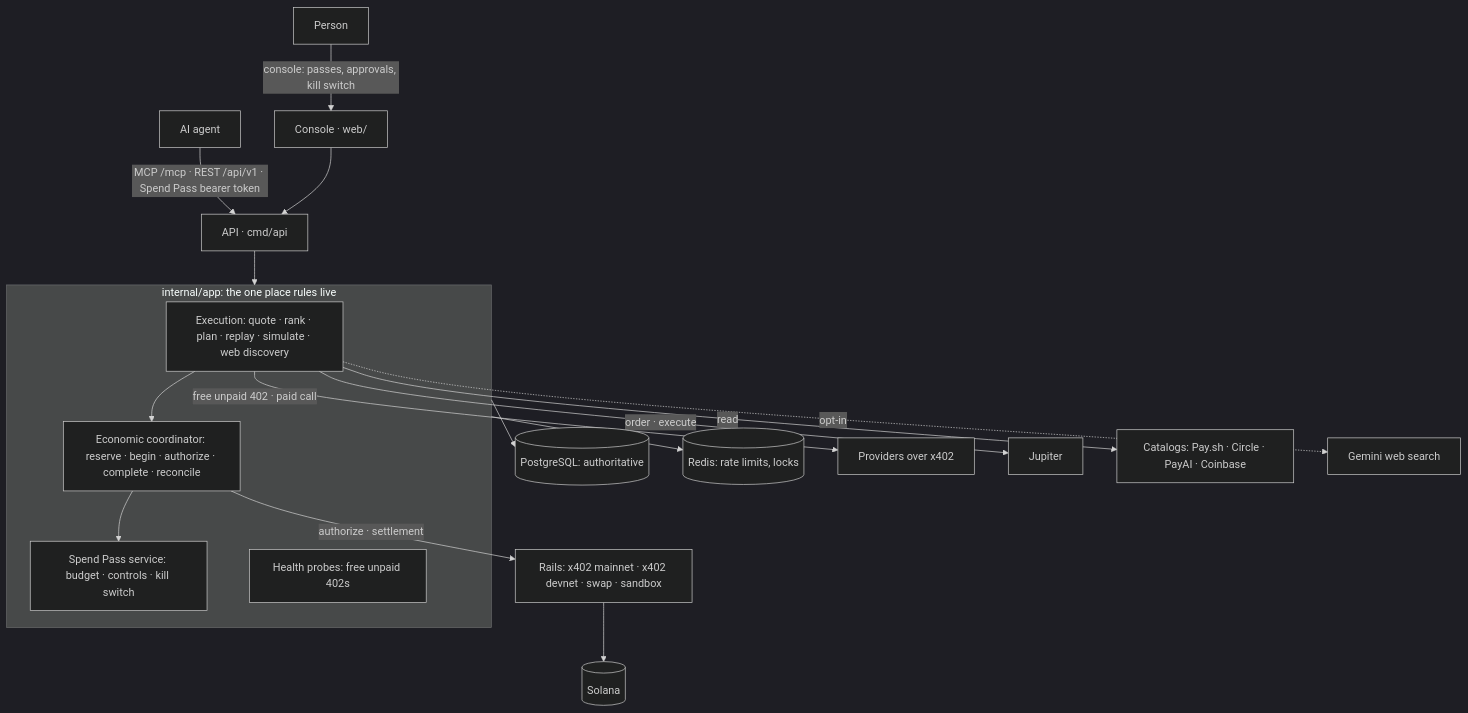
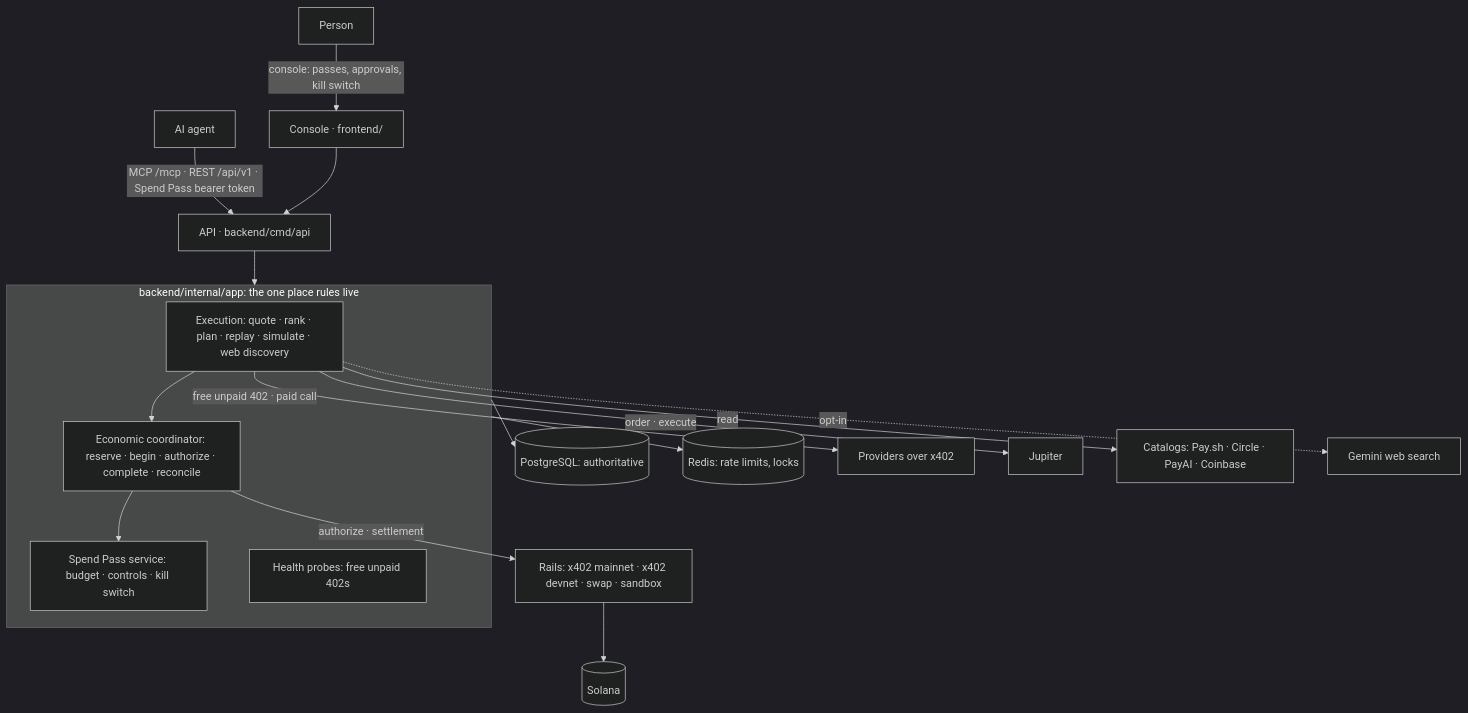
The first of 2 diagrams in docs/ARCHITECTURE.md (anshitraj/algebra-ai), drawn with Mermaid (dark theme) before and after one commit. The commit also changed other lines of this file and 638 other files, not shown here.

First line of the commit message:
Organise the repository into backend/, frontend/ and deploy/

````diff
--- a/docs/ARCHITECTURE.md
+++ b/docs/ARCHITECTURE.md
@@ -9,23 +9,23 @@
 ```mermaid
 flowchart TD
-    P[Person] -->|console: passes, approvals, kill switch| WEB[Console · web/]
+    P[Person] -->|console: passes, approvals, kill switch| WEB[Console · frontend/]
     AG[AI agent] -->|MCP /mcp · REST /api/v1 · Spend Pass bearer token| API
-    WEB --> API[API · cmd/api]
-    subgraph APP[internal/app: the one place rules live]
+    WEB --> API[API · backend/cmd/api]
+    subgraph APP[backend/internal/app: the one place rules live]
         EXEC[Execution: quote · rank · plan · replay · simulate · web discovery]
         ECON[Economic coordinator: reserve · begin · authorize · complete · reconcile]
         PASS[Spend Pass service: budget · controls · kill switch]
         HEALTH[Health probes: free unpaid 402s]
     end
     API --> APP
     EXEC --> ECON
     ECON --> PASS
     APP --> PG[(PostgreSQL: authoritative)]
     APP --> RD[(Redis: rate limits, locks)]
     EXEC -->|free unpaid 402 · paid call| PROV[Providers over x402]
     EXEC -->|order · execute| JUP[Jupiter]
     ECON -->|authorize · settlement| RAILS[Rails: x402 mainnet · x402 devnet · swap · sandbox]
     RAILS --> SOL[(Solana)]
     EXEC -->|read| CAT[Catalogs: Pay.sh · Circle · PayAI · Coinbase]
     EXEC -.->|opt-in| GEM[Gemini web search]
 ```
````
